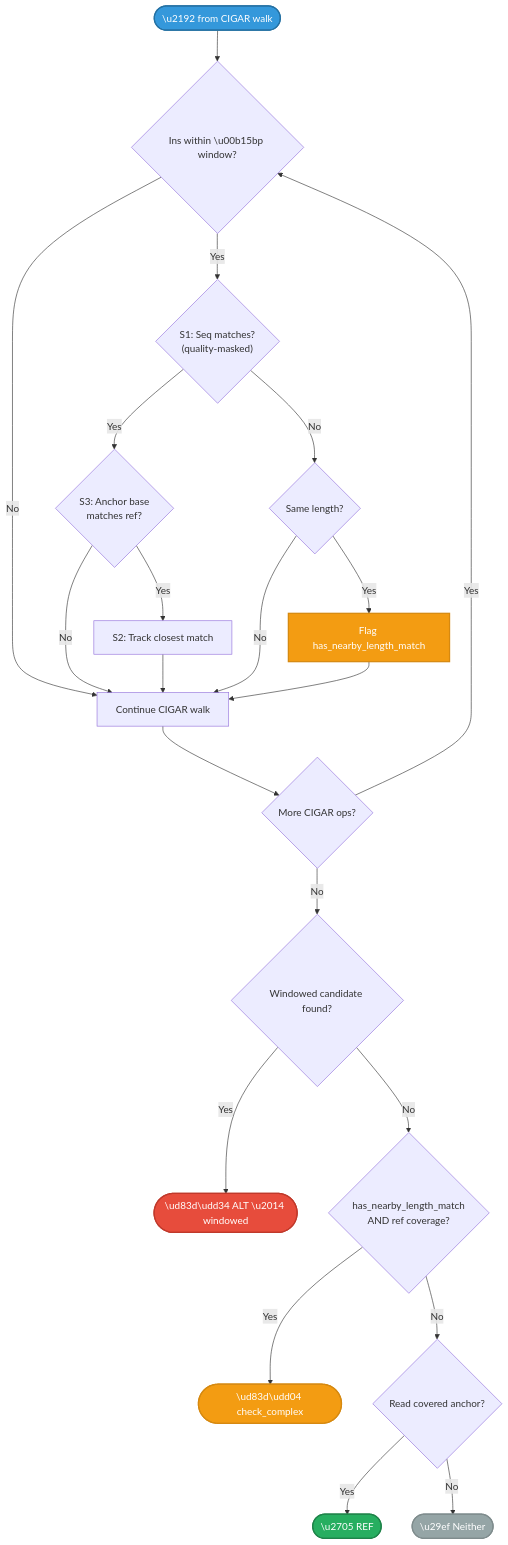
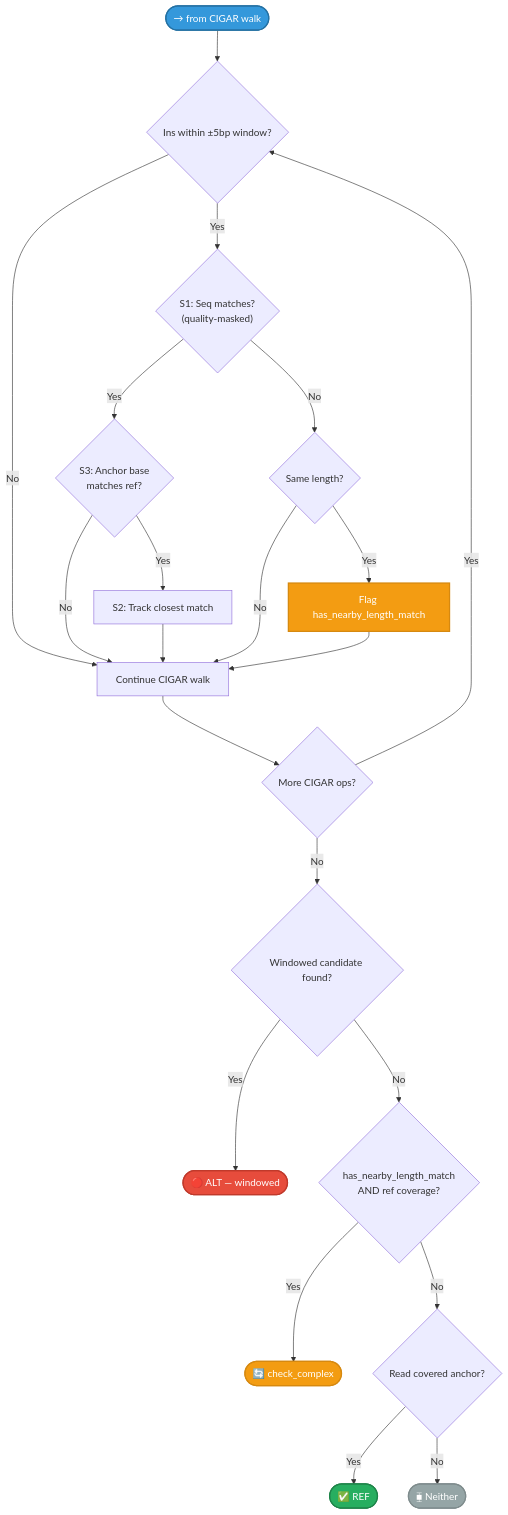
The fourth of 12 diagrams in docs/reference/allele-classification.md (msk-access/gbcms), drawn with Mermaid before and after one commit. The commit also changed other lines of this file and 4 other files, not shown here.

````diff
--- a/docs/reference/allele-classification.md
+++ b/docs/reference/allele-classification.md
@@ -148,29 +148,29 @@
 ```mermaid
 flowchart TD
-    WinIn(["\u2192 from CIGAR walk"]):::entry --> CheckWin{"Ins within \u00b15bp window?"}
+    WinIn(["→ from CIGAR walk"]):::entry --> CheckWin{"Ins within ±5bp window?"}
     CheckWin -->|No| Continue["Continue CIGAR walk"]
     CheckWin -->|Yes| S1{"S1: Seq matches?\n(quality-masked)"}
     S1 -->|Yes| S3{"S3: Anchor base\nmatches ref?"}
     S3 -->|No| Continue
     S3 -->|Yes| S2["S2: Track closest match"]
     S2 --> Continue
     S1 -->|No| LenMatch{"Same length?"}
     LenMatch -->|Yes| FlagP3["Flag has_nearby_length_match"]:::fallback
     LenMatch -->|No| Continue
     FlagP3 --> Continue
     Continue --> MoreOps{"More CIGAR ops?"}
     MoreOps -->|Yes| CheckWin
     MoreOps -->|No| Eval{"Windowed candidate found?"}
-    Eval -->|Yes| WinAlt(["\ud83d\udd34 ALT \u2014 windowed"]):::alt
+    Eval -->|Yes| WinAlt(["🔴 ALT — windowed"]):::alt
     Eval -->|No| P3Check{"has_nearby_length_match\nAND ref coverage?"}
-    P3Check -->|Yes| CPX(["\ud83d\udd04 check_complex"]):::fallback
+    P3Check -->|Yes| CPX(["🔄 check_complex"]):::fallback
     P3Check -->|No| HasRef{"Read covered anchor?"}
-    HasRef -->|Yes| Ref(["\u2705 REF"]):::ref
-    HasRef -->|No| Neither(["\u29ef Neither"]):::neither
+    HasRef -->|Yes| Ref(["✅ REF"]):::ref
+    HasRef -->|No| Neither(["⧯ Neither"]):::neither
 
     classDef entry fill:#3498db,color:#fff,stroke:#2471a3,stroke-width:2px;
     classDef ref fill:#27ae60,color:#fff,stroke:#1e8449,stroke-width:2px;
     classDef alt fill:#e74c3c,color:#fff,stroke:#c0392b,stroke-width:2px;
     classDef neither fill:#95a5a6,color:#fff,stroke:#7f8c8d,stroke-width:2px;
     classDef fallback fill:#f39c12,color:#fff,stroke:#d68910,stroke-width:2px;
 ```
````
